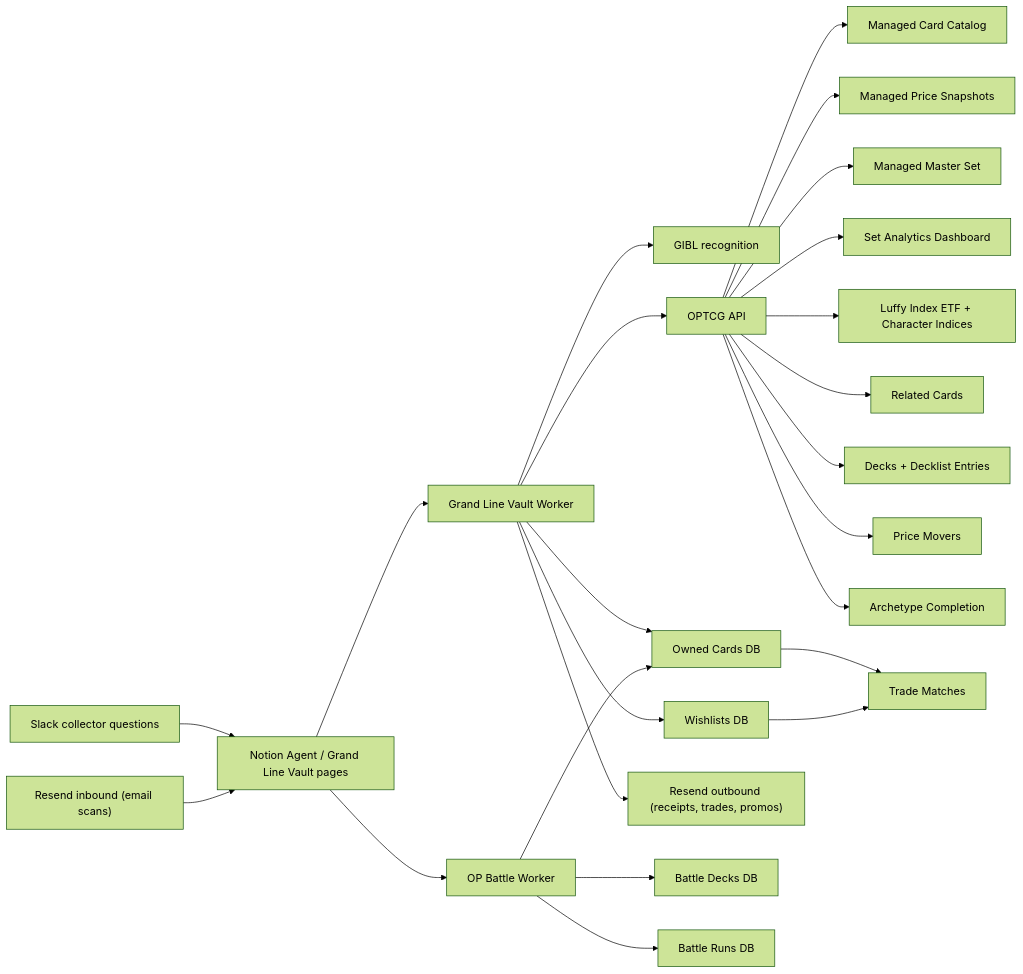
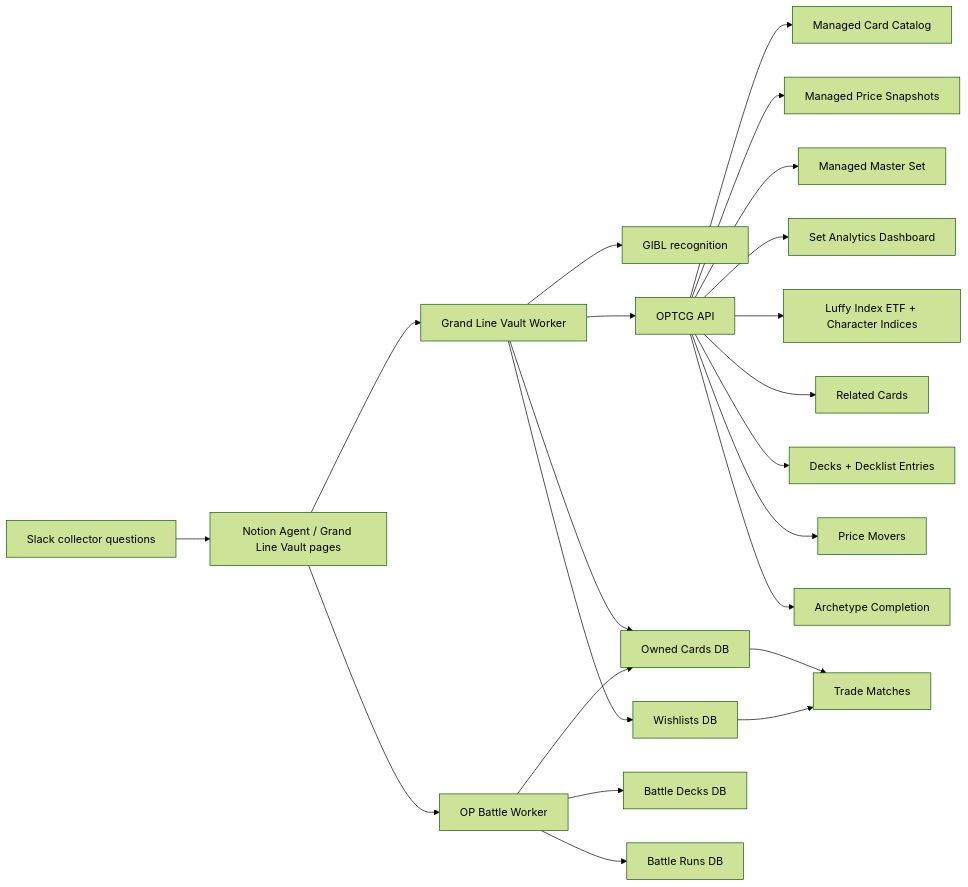
Before and after one commit to spenceryang/grandlinevault: the diagram in README.md, drawn with Mermaid (forest theme). The commit also changed other lines of this file, not shown here.

First line of the commit message:
docs: demote unshipped Resend Inbound/Outbound + Discord intake claims

````diff
--- a/README.md
+++ b/README.md
@@ -234,26 +229,24 @@
 ```mermaid
 flowchart LR
     S["Slack collector questions"] --> A["Notion Agent / Grand Line Vault pages"]
     A --> B["Grand Line Vault Worker"]
     A --> OB["OP Battle Worker"]
     B --> C["GIBL recognition"]
     B --> D["OPTCG API"]
     B --> E["Owned Cards DB"]
     B --> F["Wishlists DB"]
     D --> G["Managed Card Catalog"]
     D --> H["Managed Price Snapshots"]
     D --> I["Managed Master Set"]
     D --> J["Set Analytics Dashboard"]
     D --> K["Luffy Index ETF + Character Indices"]
     D --> L["Related Cards"]
     D --> M["Decks + Decklist Entries"]
     D --> N["Price Movers"]
     D --> O["Archetype Completion"]
     E --> P["Trade Matches"]
     F --> P
-    Q["Resend inbound (email scans)"] --> A
-    B --> R["Resend outbound (receipts, trades, promos)"]
     OB --> E
     OB --> BD["Battle Decks DB"]
     OB --> BR["Battle Runs DB"]
 ```
````
